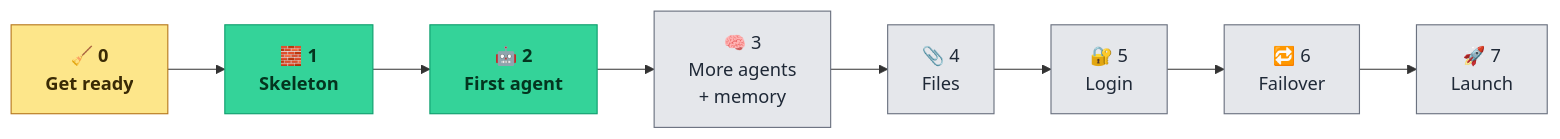
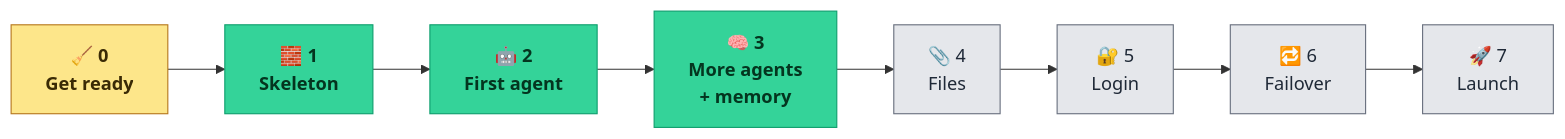
Before and after one commit to anurag-joshi-1403/Multi-Agent-AI-Platform: the first of 3 diagrams in TASKS.md, drawn with Mermaid. The commit also changed other lines of this file, not shown here.

First line of the commit message:
docs(tasks): mark Phase 3 done

````diff
--- a/TASKS.md
+++ b/TASKS.md
@@ -37,11 +37,11 @@
 ```mermaid
 flowchart LR
     classDef done fill:#34d399,stroke:#0f9f6e,color:#04351f,font-weight:bold
     classDef doing fill:#fde68a,stroke:#b7791f,color:#3a2a05,font-weight:bold
     classDef todo fill:#e5e7eb,stroke:#6b7280,color:#1f2937
     P0["🧹 0<br/>Get ready"] --> P1["🧱 1<br/>Skeleton"] --> P2["🤖 2<br/>First agent"] --> P3["🧠 3<br/>More agents<br/>+ memory"]
     P3 --> P4["📎 4<br/>Files"] --> P5["🔐 5<br/>Login"] --> P6["🔁 6<br/>Failover"] --> P7["🚀 7<br/>Launch"]
-    class P1,P2 done
+    class P1,P2,P3 done
     class P0 doing
-    class P3,P4,P5,P6,P7 todo
+    class P4,P5,P6,P7 todo
 ```
````
